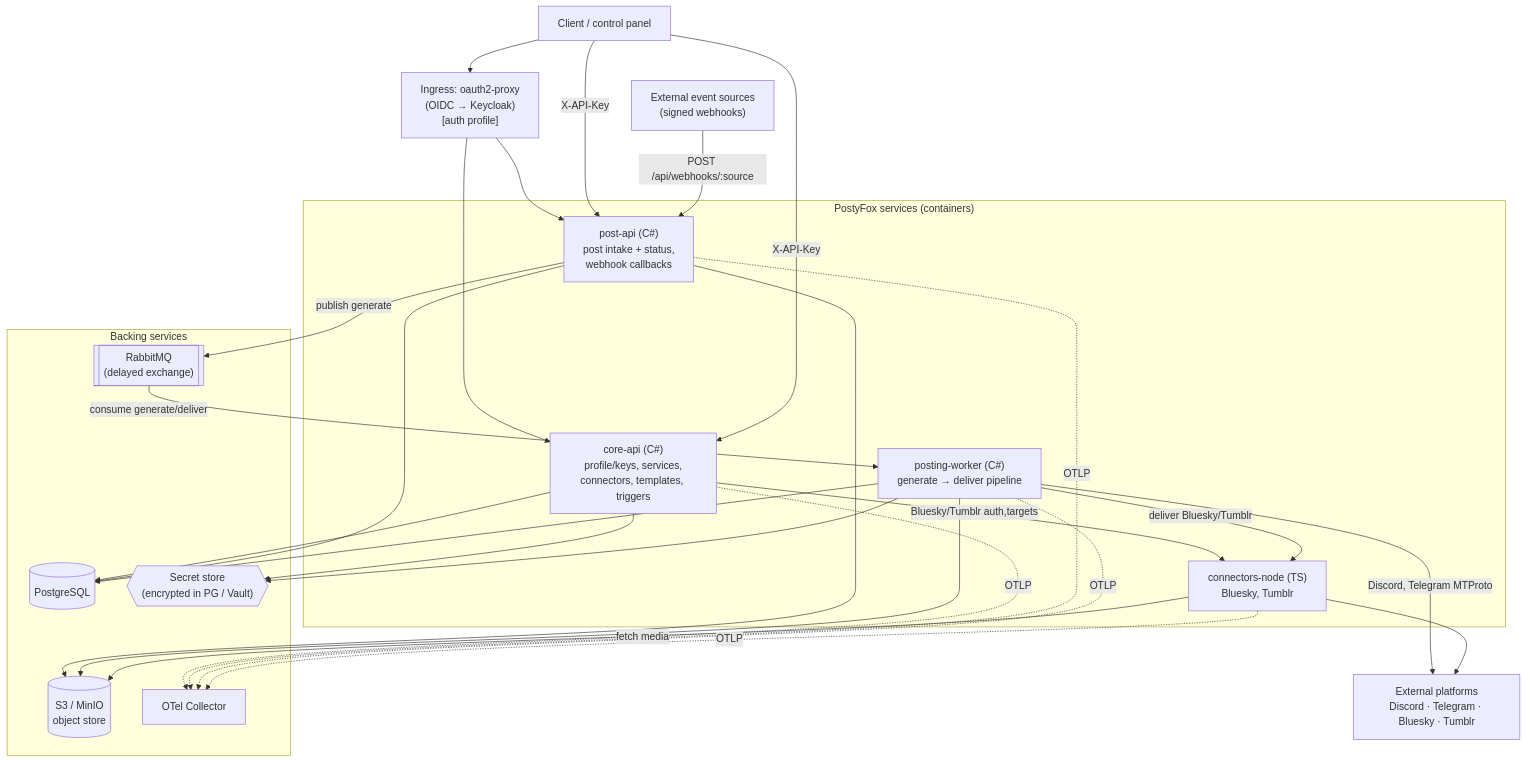
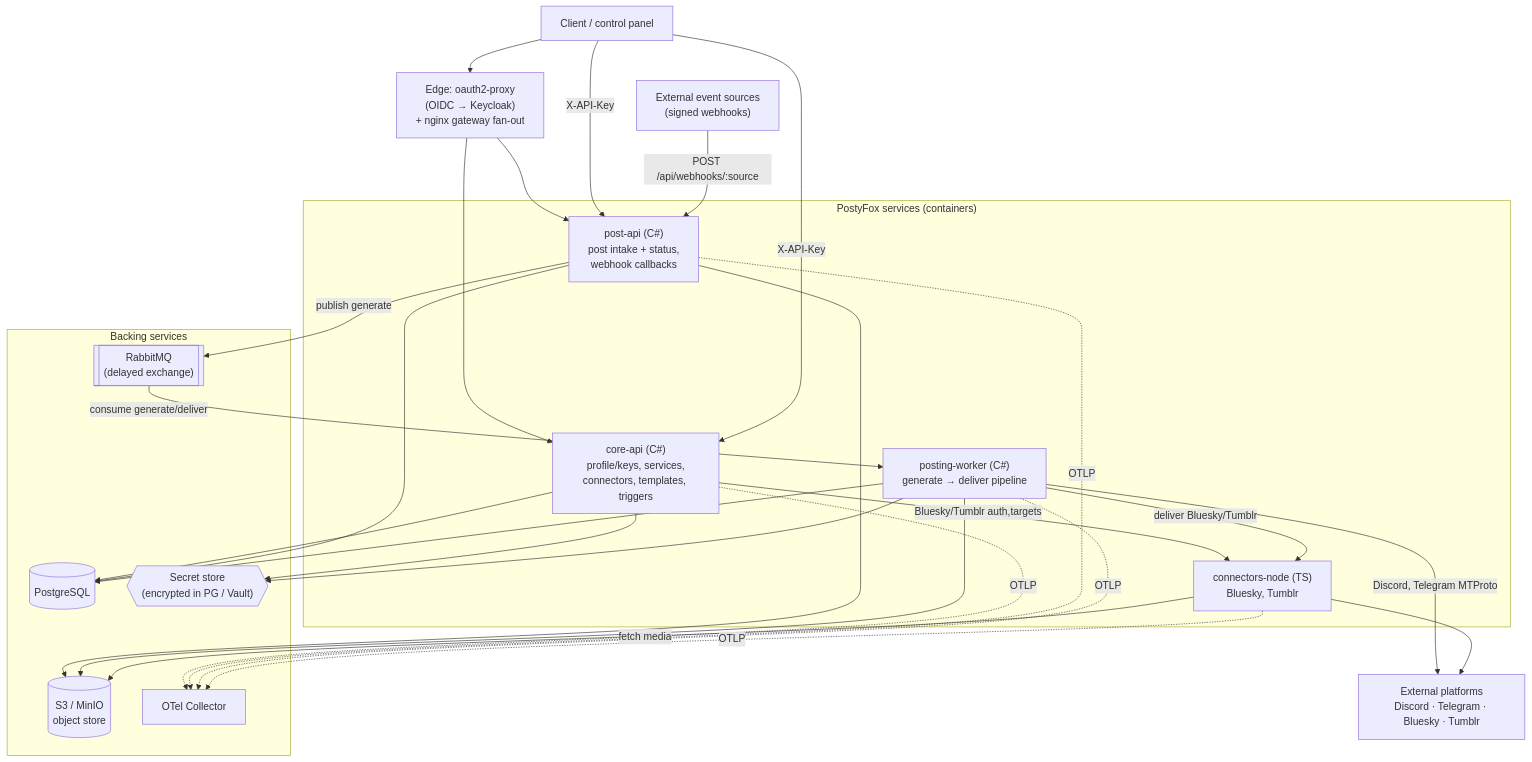
The first of 7 diagrams in docs/ARCHITECTURE.md (PostyFox/postyfox-core), drawn with Mermaid before and after one commit. The commit also changed other lines of this file and 35 other files, not shown here.

````diff
--- a/docs/ARCHITECTURE.md
+++ b/docs/ARCHITECTURE.md
@@ -34,40 +34,40 @@
 ```mermaid
 flowchart TB
     client["Client / control panel"]
-    edge["Ingress: oauth2-proxy<br/>(OIDC → Keycloak)<br/>[auth profile]"]
+    edge["Edge: oauth2-proxy<br/>(OIDC → Keycloak)<br/>+ nginx gateway fan-out"]
 
     subgraph apps["PostyFox services (containers)"]
         core["core-api (C#)<br/>profile/keys, services,<br/>connectors, templates, triggers"]
         post["post-api (C#)<br/>post intake + status,<br/>webhook callbacks"]
         worker["posting-worker (C#)<br/>generate → deliver pipeline"]
         node["connectors-node (TS)<br/>Bluesky, Tumblr"]
     end
 
     subgraph backing["Backing services"]
         pg[("PostgreSQL")]
         s3[("S3 / MinIO<br/>object store")]
         mq[["RabbitMQ<br/>(delayed exchange)"]]
         sec{{"Secret store<br/>(encrypted in PG / Vault)"}}
         otel["OTel Collector"]
     end
 
     ext["External platforms<br/>Discord · Telegram · Bluesky · Tumblr"]
     src["External event sources<br/>(signed webhooks)"]
 
     client --> edge --> core & post
     client -->|X-API-Key| core & post
 
     core --> pg & sec
     core -->|Bluesky/Tumblr auth,targets| node
     post --> pg & s3
     post -->|publish generate| mq
     src -->|POST /api/webhooks/:source| post
 
     mq -->|consume generate/deliver| worker
     worker --> pg & s3 & sec
     worker -->|Discord, Telegram MTProto| ext
     worker -->|deliver Bluesky/Tumblr| node --> ext
     node -->|fetch media| s3
 
     core & post & worker & node -.OTLP.-> otel
 ```
````
